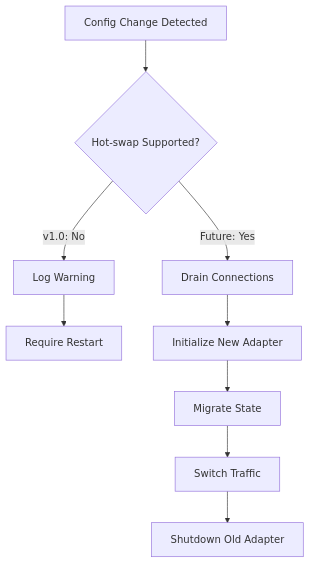
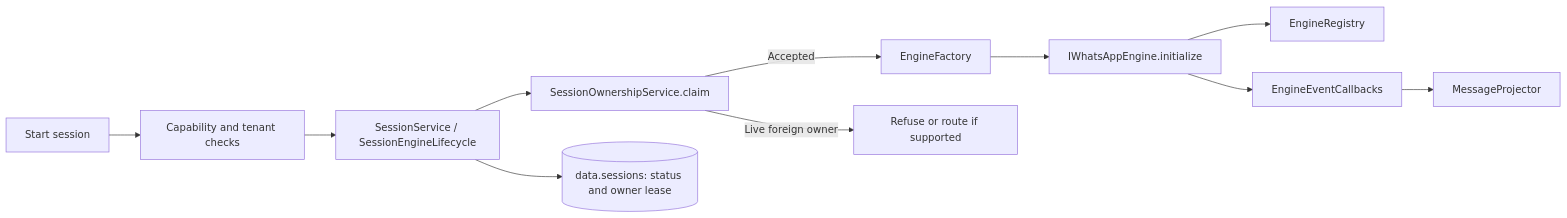
One commit to AbdoHussein1998/OpenWA changed the fourth of 10 diagrams in docs/03-system-architecture.md. Above: the diagram before and after it, drawn with Mermaid. The commit also changed other lines of this file and 8 other files, not shown here.

````diff
--- a/docs/03-system-architecture.md
+++ b/docs/03-system-architecture.md
@@ -331,12 +155,13 @@
 ```mermaid
-flowchart TD
-    A[Config Change Detected] --> B{Hot-swap Supported?}
-    B -->|v1.0: No| C[Log Warning]
-    C --> D[Require Restart]
-
-    B -->|Future: Yes| E[Drain Connections]
-    E --> F[Initialize New Adapter]
-    F --> G[Migrate State]
-    G --> H[Switch Traffic]
-    H --> I[Shutdown Old Adapter]
+flowchart LR
+    Request[Start session] --> Scope[Capability and tenant checks]
+    Scope --> Lifecycle[SessionService / SessionEngineLifecycle]
+    Lifecycle --> Claim[SessionOwnershipService.claim]
+    Claim -->|Accepted| Factory[EngineFactory]
+    Claim -->|Live foreign owner| Refuse[Refuse or route if supported]
+    Factory --> Adapter[IWhatsAppEngine.initialize]
+    Adapter --> Registry[EngineRegistry]
+    Lifecycle --> Data[(data.sessions: status and owner lease)]
+    Adapter --> Callback[EngineEventCallbacks]
+    Callback --> Projector[MessageProjector]
 ```
````
